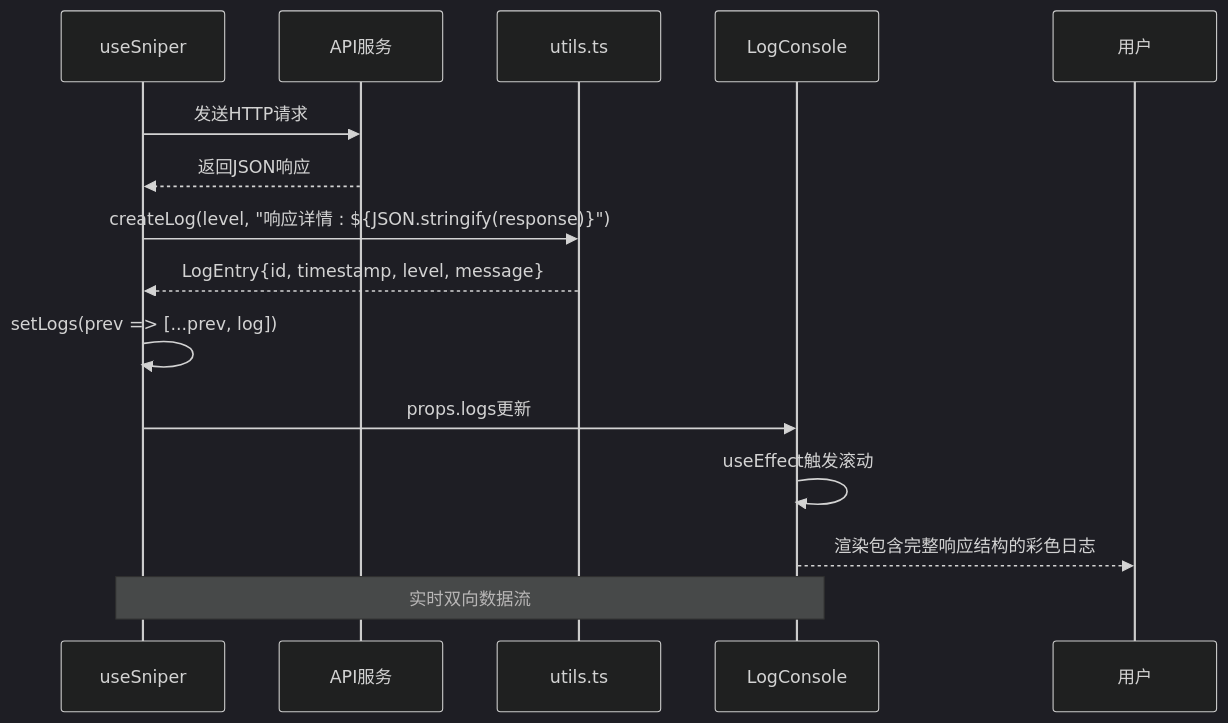
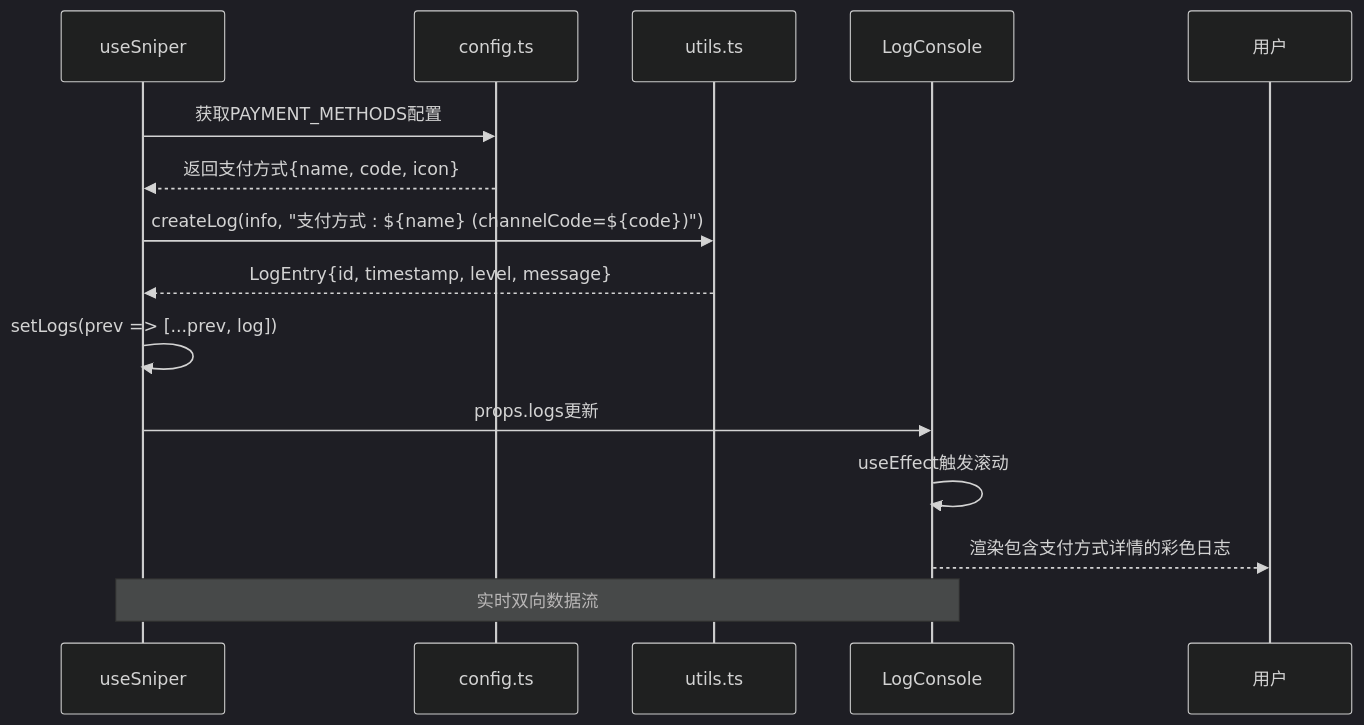
Before and after one commit to 16499259-oss/GLM-sniper: the seventh of 9 diagrams in .qoder/repowiki/zh/content/监控系统/实时日志系统.md, drawn with Mermaid (dark theme). The commit also changed other lines of this file and 3 other files, not shown here.

````diff
--- a/.qoder/repowiki/zh/content/监控系统/实时日志系统.md
+++ b/.qoder/repowiki/zh/content/监控系统/实时日志系统.md
@@ -245,17 +274,17 @@
 ```mermaid
 sequenceDiagram
 participant Hook as useSniper
-participant API as API服务
+participant Config as config.ts
 participant Utils as utils.ts
 participant Console as LogConsole
 participant User as 用户
-Hook->>API : 发送HTTP请求
-API-->>Hook : 返回JSON响应
-Hook->>Utils : createLog(level, "响应详情 : ${JSON.stringify(response)}")
+Hook->>Config : 获取PAYMENT_METHODS配置
+Config-->>Hook : 返回支付方式{name, code, icon}
+Hook->>Utils : createLog(info, "支付方式 : ${name} (channelCode=${code})")
 Utils-->>Hook : LogEntry{id, timestamp, level, message}
 Hook->>Hook : setLogs(prev => [...prev, log])
 Hook->>Console : props.logs更新
 Console->>Console : useEffect触发滚动
-Console-->>User : 渲染包含完整响应结构的彩色日志
+Console-->>User : 渲染包含支付方式详情的彩色日志
 Note over Hook,Console : 实时双向数据流
 ```
````
